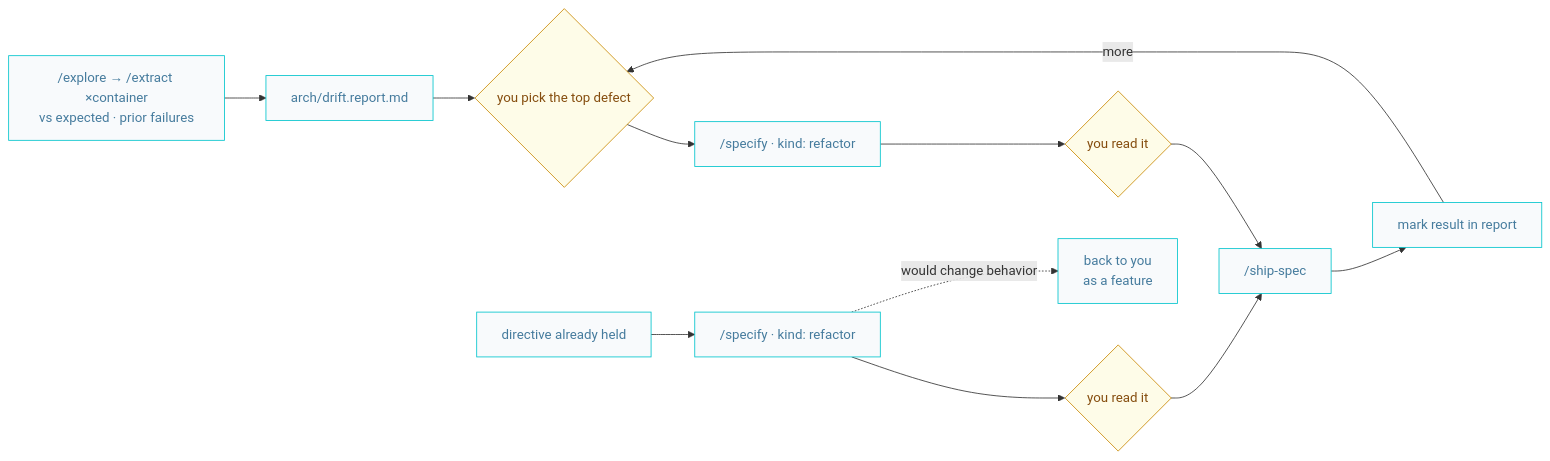
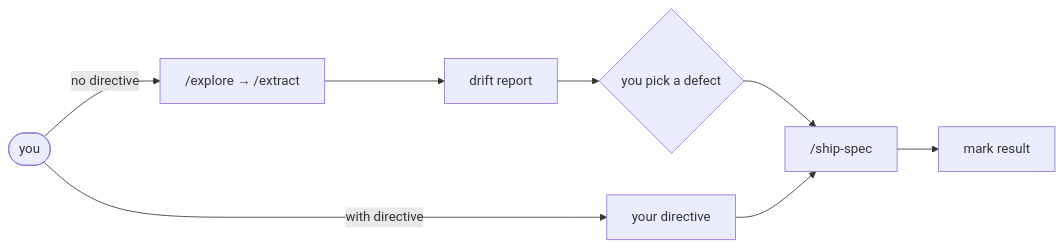
One commit to AIDDbot/AIDDbot changed the fourth of 4 diagrams in docs/AIDD.workflow.md. Above: the diagram before and after it, drawn with Mermaid. The commit also changed other lines of this file and 3 other files, not shown here.

````diff
--- a/docs/AIDD.workflow.md
+++ b/docs/AIDD.workflow.md
@@ -114,18 +93,11 @@
 ```mermaid
 flowchart LR
-  classDef nd fill:#f8fafc,stroke:#00c4cc,color:#457b9d
-  classDef q fill:#fefce8,stroke:#ca8a04,color:#854d0e
-
-  EXP["/explore → /extract ×container<br/>vs expected · prior failures"]:::nd --> RPT["arch/drift.report.md"]:::nd
-  RPT --> PICK{"you pick the top defect"}:::q
-  PICK --> SPEC["/specify · kind: refactor"]:::nd
-  SPEC --> CHK{"you read it"}:::q
-  CHK --> SHIP["/ship-spec"]:::nd
-  SHIP --> MARK["mark result in report"]:::nd
-  MARK -->|more| PICK
-
-  DIR["directive already held"]:::nd --> SPEC2["/specify · kind: refactor"]:::nd
-  SPEC2 --> CHK2{"you read it"}:::q
-  CHK2 --> SHIP
-  SPEC2 -.->|"would change behavior"| OUT["back to you<br/>as a feature"]:::nd
+  YOU([you])
+  YOU -->|no directive| MAP["/explore → /extract"]
+  MAP --> RPT[drift report]
+  RPT --> PICK{you pick a defect}
+  YOU -->|with directive| DIR[your directive]
+  PICK --> SHIP["/ship-spec"]
+  DIR --> SHIP
+  SHIP --> MARK[mark result]
 ```
````
